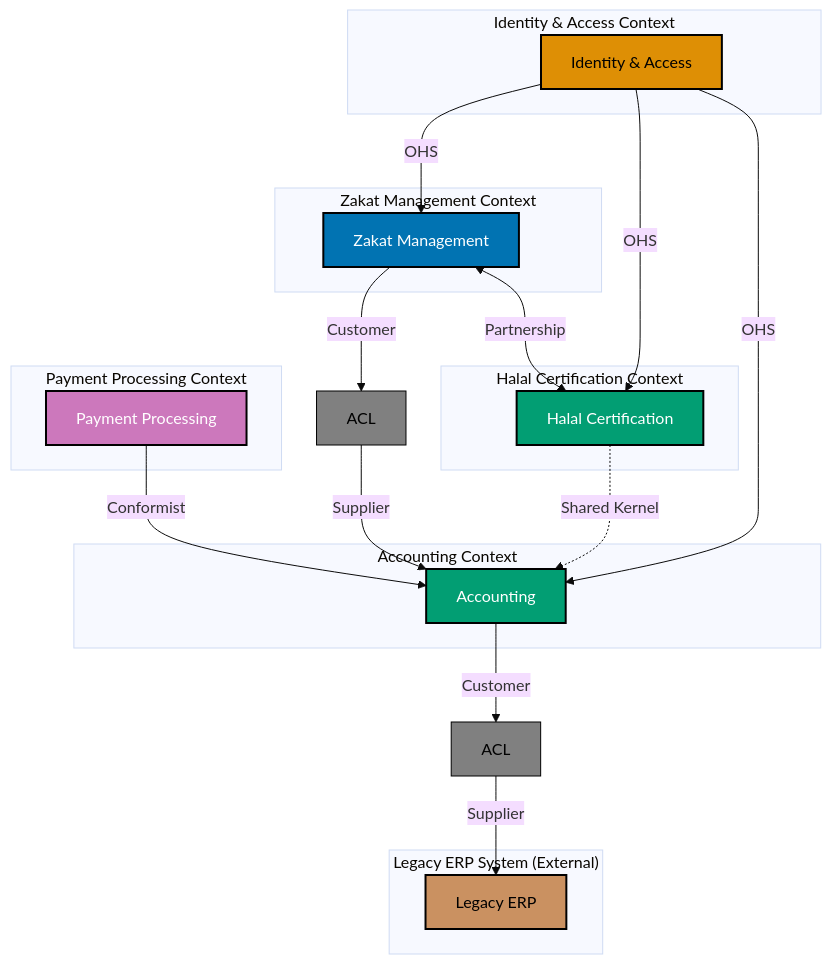
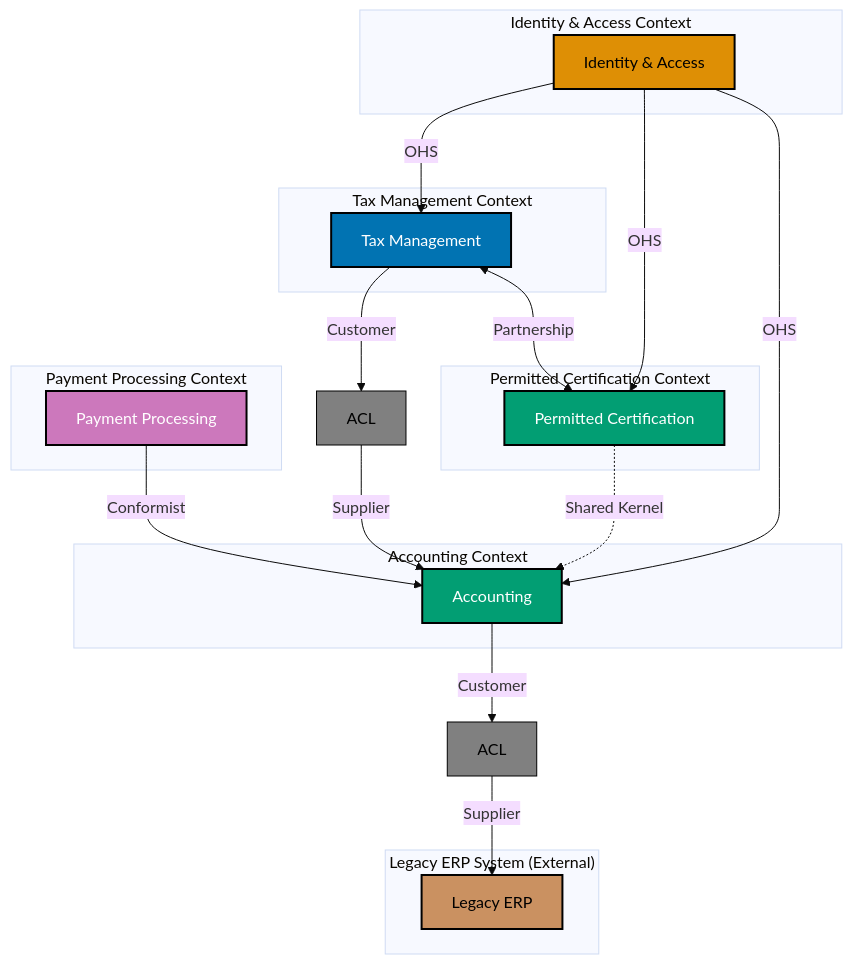
The first of 12 diagrams in docs/explanation/software/architecture/domain-driven-design-ddd/templates/ex-so-ar-dodrdedd-te__context-map-diagram.md (wahidyankf/open-sharia-enterprise), drawn with Mermaid (base theme) before and after one commit. The commit also changed other lines of this file and 94 other files, not shown here.

````diff
--- a/docs/explanation/software/architecture/domain-driven-design-ddd/templates/ex-so-ar-dodrdedd-te__context-map-diagram.md
+++ b/docs/explanation/software/architecture/domain-driven-design-ddd/templates/ex-so-ar-dodrdedd-te__context-map-diagram.md
@@ -15,59 +15,59 @@
 ```mermaid
 graph TB
-    subgraph "Zakat Management Context"
-        ZM[Zakat Management]
+    subgraph "Tax Management Context"
+        ZM[Tax Management]
     end
 
-    subgraph "Halal Certification Context"
-        HC[Halal Certification]
+    subgraph "Permitted Certification Context"
+        HC[Permitted Certification]
     end
 
     subgraph "Accounting Context"
         AC[Accounting]
     end
 
     subgraph "Identity & Access Context"
         IAM[Identity & Access]
     end
 
     subgraph "Payment Processing Context"
         PP[Payment Processing]
     end
 
     subgraph "Legacy ERP System (External)"
         ERP[Legacy ERP]
     end
 
     %% Customer-Supplier with ACL
     ZM -->|Customer| ACL1[ACL]
     ACL1 -->|Supplier| AC
 
     %% Partnership
     ZM <-->|Partnership| HC
 
     %% Open Host Service
     IAM -->|OHS| ZM
     IAM -->|OHS| HC
     IAM -->|OHS| AC
 
     %% Conformist
     PP -->|Conformist| AC
 
     %% Anticorruption Layer for Legacy
     AC -->|Customer| ACL2[ACL]
     ACL2 -->|Supplier| ERP
 
     %% Shared Kernel (use sparingly)
     HC -.->|Shared Kernel| AC
 
     style ZM fill:#0173B2,stroke:#000000,stroke-width:2px,color:#FFFFFF
     style HC fill:#029E73,stroke:#000000,stroke-width:2px,color:#FFFFFF
     style AC fill:#029E73,stroke:#000000,stroke-width:2px,color:#FFFFFF
     style IAM fill:#DE8F05,stroke:#000000,stroke-width:2px,color:#000000
     style PP fill:#CC78BC,stroke:#000000,stroke-width:2px,color:#FFFFFF
     style ERP fill:#CA9161,stroke:#000000,stroke-width:2px,color:#000000
     style ACL1 fill:#808080,stroke:#000000,stroke-width:1px,color:#000000
     style ACL2 fill:#808080,stroke:#000000,stroke-width:1px,color:#000000
 
     classDef default fill:#E8E8E8,stroke:#333,stroke-width:1px,color:#000000
 ```
````
